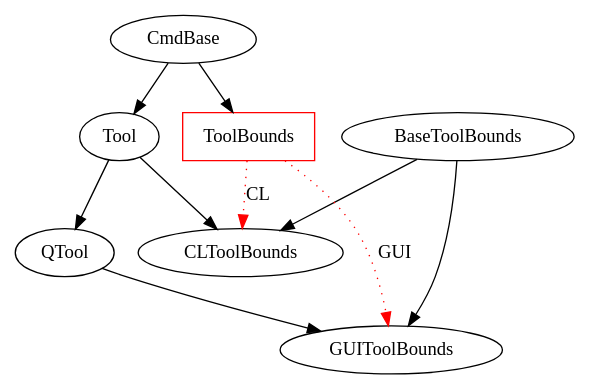
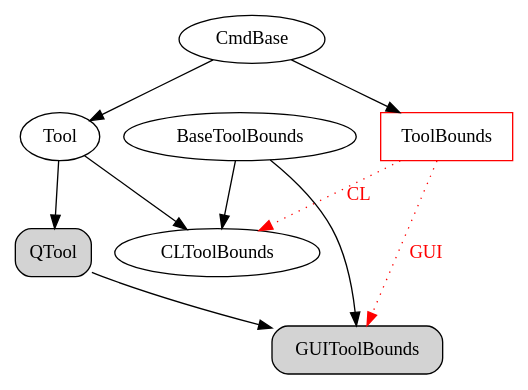
Before and after one commit to jorge-ramirez-upm/RepTate: the sixth of 8 diagrams in docs/source/developers/callgraphGUI.rst, drawn with Graphviz. The commit also changed other lines of this file and 121 other files, not shown here.

Commit message:
Improved code diagrams with links. Added diagram for typical RepTate use.

```diff
--- a/docs/source/developers/callgraphGUI.rst
+++ b/docs/source/developers/callgraphGUI.rst
@@ -156,14 +182,20 @@
 .. graphviz::
 
    digraph foo {
+      "CmdBase" [href="../developers/CodeCoreCL.html#cmdbase", target="_top"]
+      "Tool" [href="../developers/CodeCoreCL.html#tool", target="_top"]
+      "QTool" [href="../developers/CodeCoreGUI.html#qtool", target="_top", shape="box", style="rounded,filled"]
+      "ToolBounds" [href="../developers/CodeTools.html#toolbounds", target="_top", shape=box, color=red]
+      "BaseToolBounds" [href="../developers/CodeTools.html#toolbounds", target="_top"]
+      "CLToolBounds" [href="../developers/CodeTools.html#toolbounds", target="_top"]
+      "GUIToolBounds" [href="../developers/CodeTools.html#toolbounds", target="_top", shape="box", style="rounded,filled"]
       "CmdBase" -> "Tool";
       "Tool" -> "QTool";
       "QTool" -> "GUIToolBounds";
       "Tool" -> "CLToolBounds";
       "BaseToolBounds" -> "GUIToolBounds";
       "BaseToolBounds" -> "CLToolBounds";
-      "ToolBounds" [shape=box,color=red];
       "CmdBase" -> "ToolBounds"
-      "ToolBounds" -> "CLToolBounds" [style=dotted, label="CL", color=red];
-      "ToolBounds" -> "GUIToolBounds" [style=dotted, label="GUI", color=red];
+      "ToolBounds" -> "CLToolBounds" [style=dotted, label="CL", color=red, fontcolor=red];
+      "ToolBounds" -> "GUIToolBounds" [style=dotted, label="GUI", color=red, fontcolor=red];
    }
```
